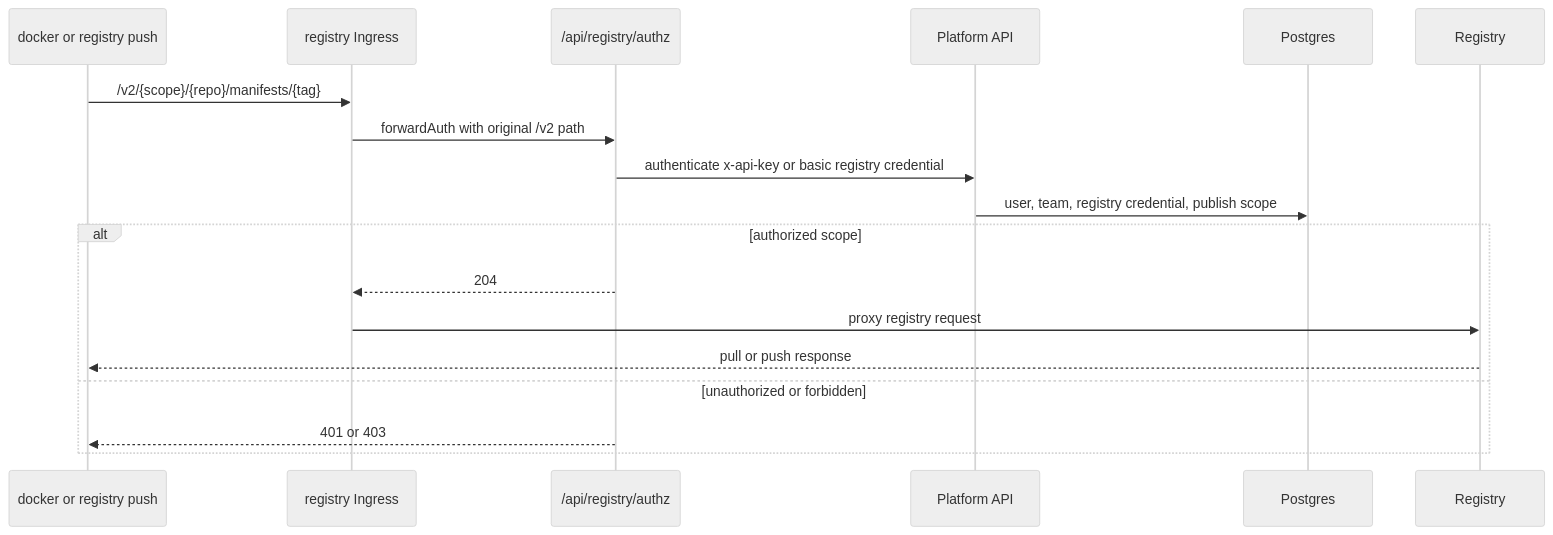
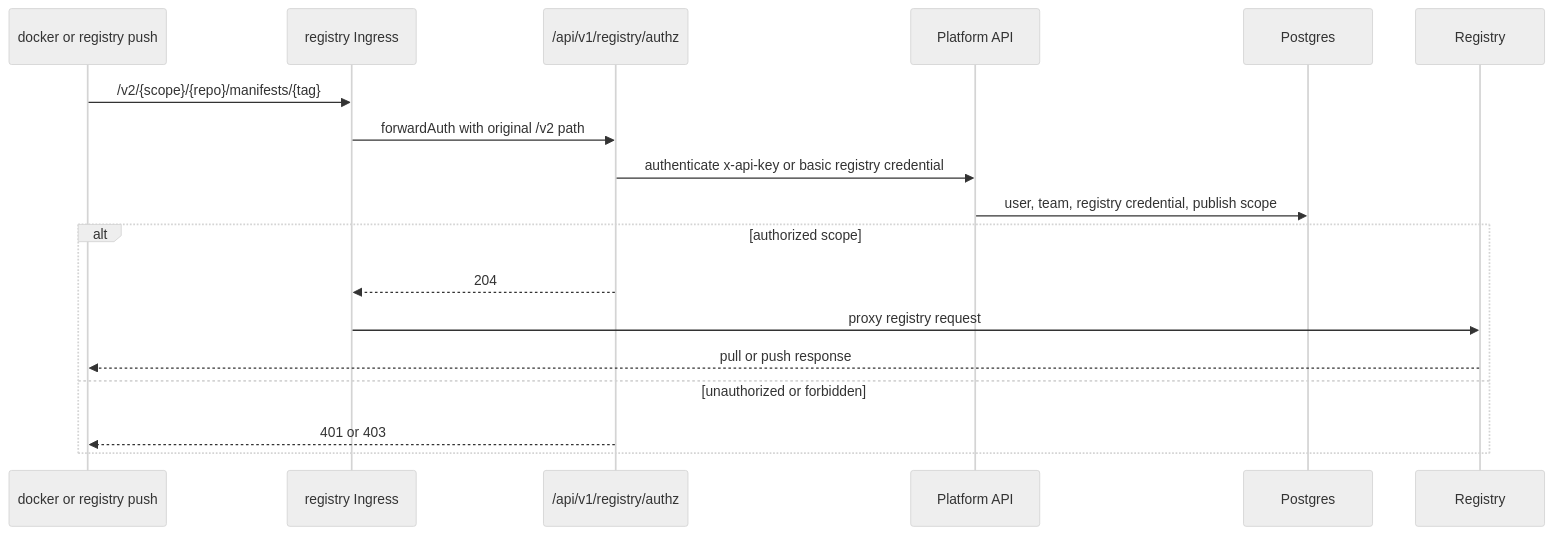
Before and after one commit to Agent-Hellboy/mcp-runtime: the seventh of 9 diagrams in docs/internals/request-flows.md, drawn with Mermaid (neutral theme). The commit also changed other lines of this file and 36 other files, not shown here.

````diff
--- a/docs/internals/request-flows.md
+++ b/docs/internals/request-flows.md
@@ -227,21 +227,21 @@
 ```mermaid
 sequenceDiagram
     participant Docker as docker or registry push
     participant Ingress as registry Ingress
-    participant Authz as /api/registry/authz
+    participant Authz as /api/v1/registry/authz
     participant API as Platform API
     participant DB as Postgres
     participant Registry
 
     Docker->>Ingress: /v2/{scope}/{repo}/manifests/{tag}
     Ingress->>Authz: forwardAuth with original /v2 path
     Authz->>API: authenticate x-api-key or basic registry credential
     API->>DB: user, team, registry credential, publish scope
     alt authorized scope
         Authz-->>Ingress: 204
         Ingress->>Registry: proxy registry request
         Registry-->>Docker: pull or push response
     else unauthorized or forbidden
         Authz-->>Docker: 401 or 403
     end
 ```
````
